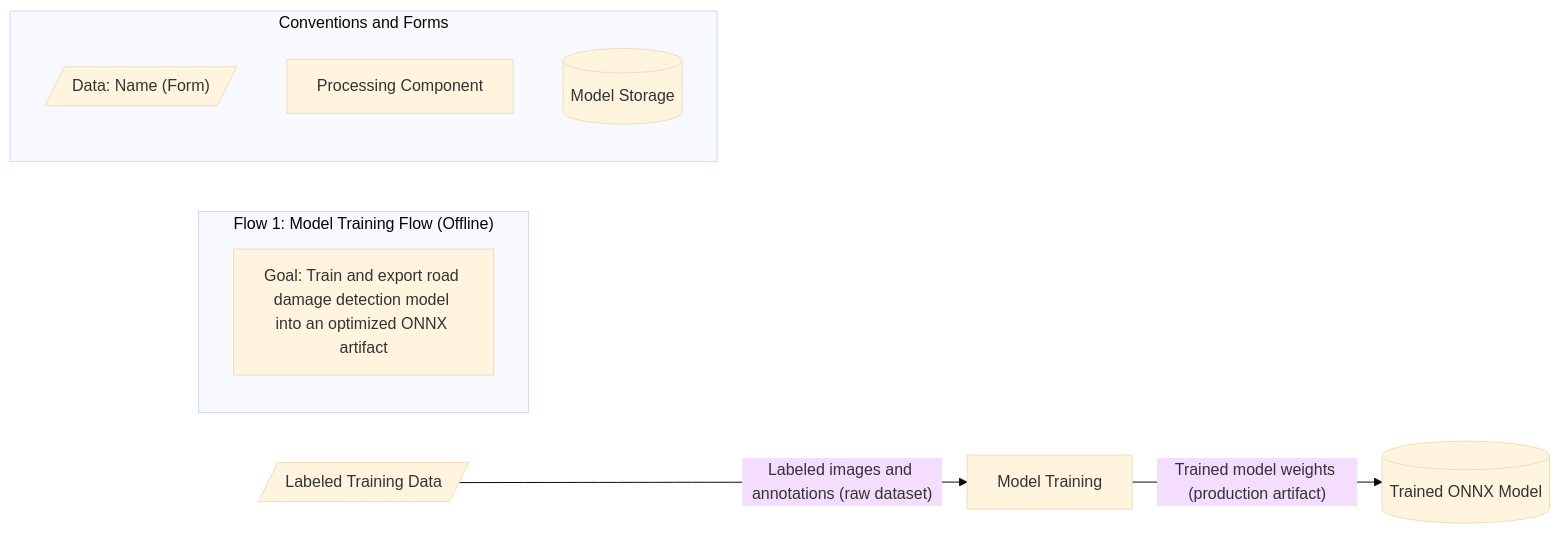
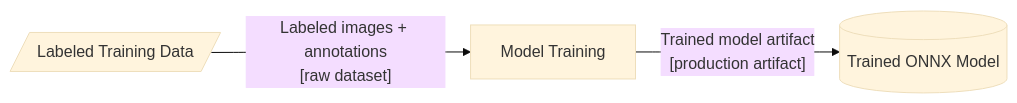
One commit to Advaitvag/StreetSmart-models changed the third of 4 diagrams in SeniorDesign/Design_Diagrams/D0_High_Level_Design.md. Above: the diagram before and after it, drawn with Mermaid (base theme). The commit also changed other lines of this file and 2 other files, not shown here.

Commit message:
flow 2 diagram

````diff
--- a/SeniorDesign/Design_Diagrams/D0_High_Level_Design.md
+++ b/SeniorDesign/Design_Diagrams/D0_High_Level_Design.md
@@ -257,22 +257,9 @@
 ```mermaid
 flowchart LR
-
-    subgraph TITLE_F1 ["Flow 1: Model Training Flow (Offline)"]
-        direction TB
-        T_F1["Goal: Train and export road damage detection model into an optimized ONNX artifact"]
-    end
-
-    subgraph LEGEND_F1 ["Conventions and Forms"]
-        direction TB
-        LF1_DATA[/"Data: Name (Form)"/]
-        LF1_PROC["Processing Component"]
-        LF1_STORE[("Model Storage")]
-    end
-
     A[/Labeled Training Data/]
     B["Model Training"]
     C[("Trained ONNX Model")]
 
-    A -->|"Labeled images and annotations (raw dataset)"| B
-    B -->|"Trained model weights (production artifact)"| C
+    A -->|"Labeled images + annotations<br/>[raw dataset]"| B
+    B -->|"Trained model artifact<br/>[production artifact]"| C
 ```
````
